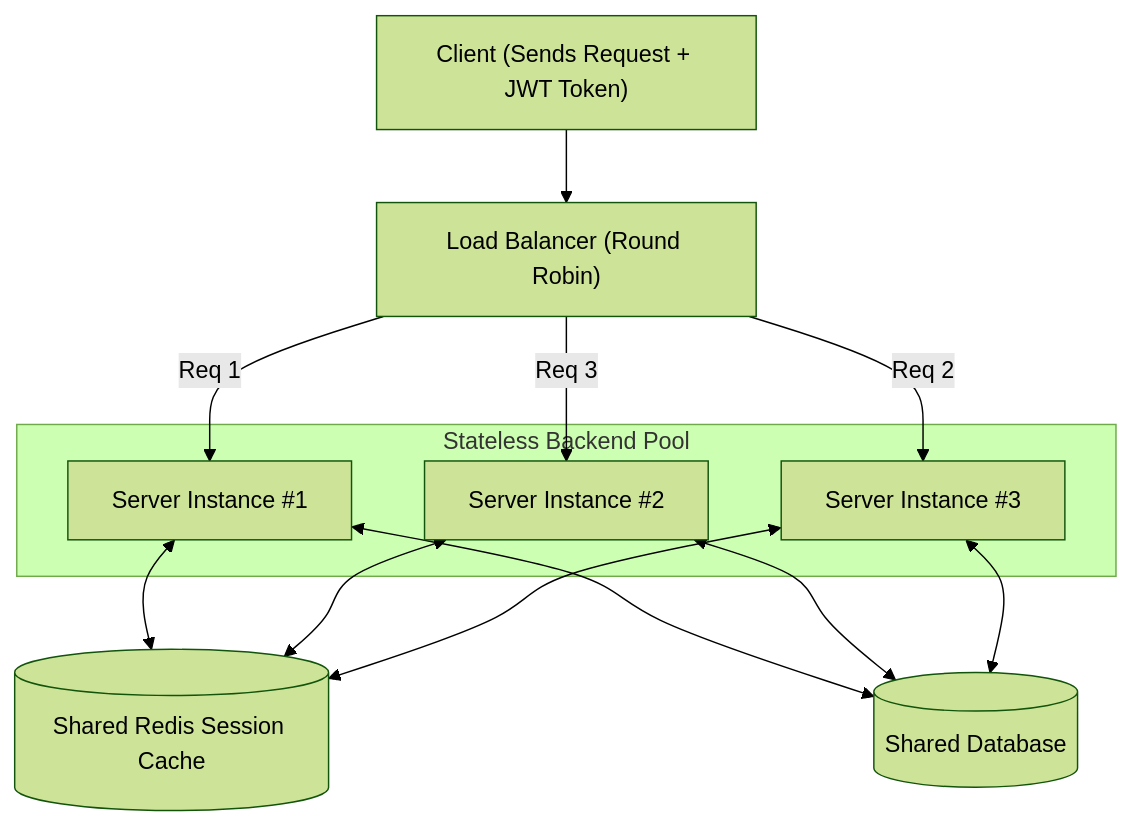
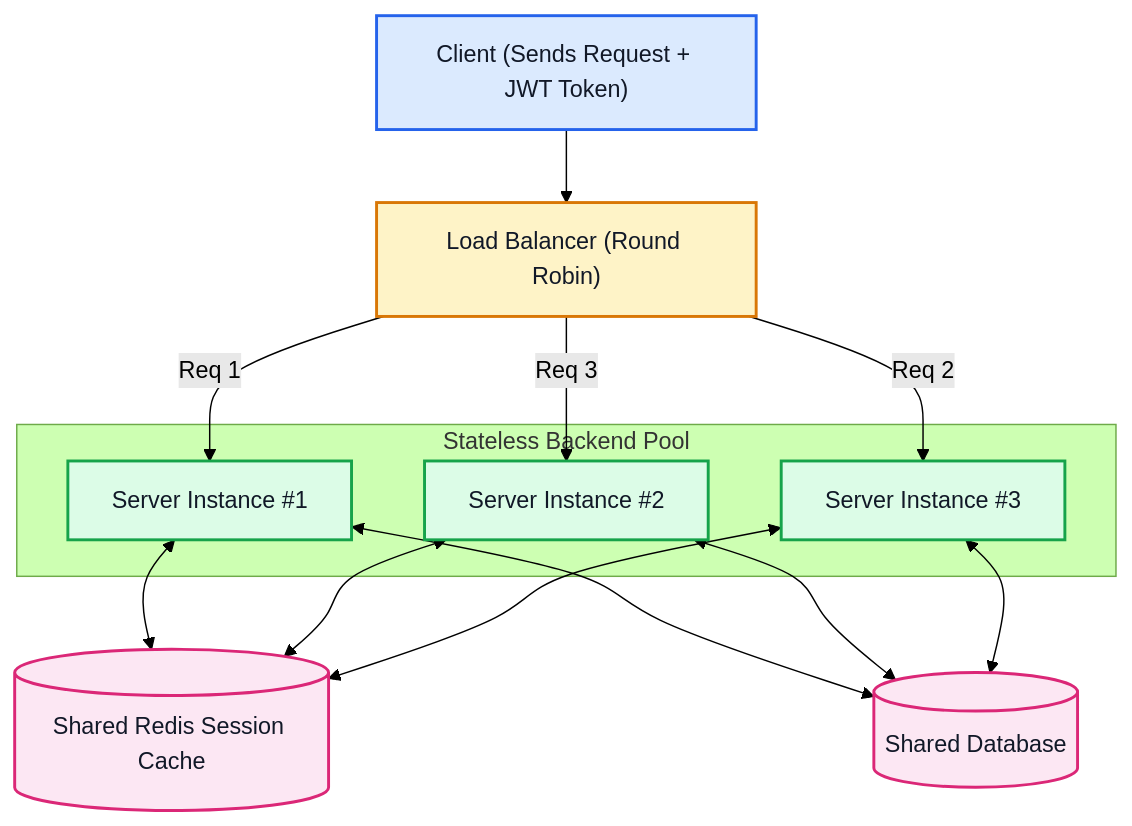
Before and after one commit to Aryan107rn/Obsidian_Second_Brain: the fourth of 4 diagrams in Computer Science/Web Development/APIs/REST APIs.md, drawn with Mermaid (forest theme). The commit also changed other lines of this file and 37 other files, not shown here.

````diff
--- a/Computer Science/Web Development/APIs/REST APIs.md
+++ b/Computer Science/Web Development/APIs/REST APIs.md
@@ -101,26 +140,35 @@
 ```mermaid
 flowchart TD
     Client["Client (Sends Request + JWT Token)"]
     LB["Load Balancer (Round Robin)"]
     
     subgraph AppCluster["Stateless Backend Pool"]
         S1["Server Instance #1"]
         S2["Server Instance #2"]
         S3["Server Instance #3"]
     end
     
     DB[(Shared Database)]
     Cache[(Shared Redis Session Cache)]
 
     Client --> LB
     LB -->|Req 1| S1
     LB -->|Req 2| S3
     LB -->|Req 3| S2
 
     S1 <--> Cache
     S2 <--> Cache
     S3 <--> Cache
     S1 <--> DB
     S2 <--> DB
     S3 <--> DB
+
+    classDef client fill:#DBEAFE,stroke:#2563EB,color:#111827,stroke-width:2px
+    classDef lb fill:#FEF3C7,stroke:#D97706,color:#111827,stroke-width:2px
+    classDef server fill:#DCFCE7,stroke:#16A34A,color:#111827,stroke-width:2px
+    classDef data fill:#FCE7F3,stroke:#DB2777,color:#111827,stroke-width:2px
+    class Client client
+    class LB lb
+    class S1,S2,S3 server
+    class DB,Cache data
 ```
````
